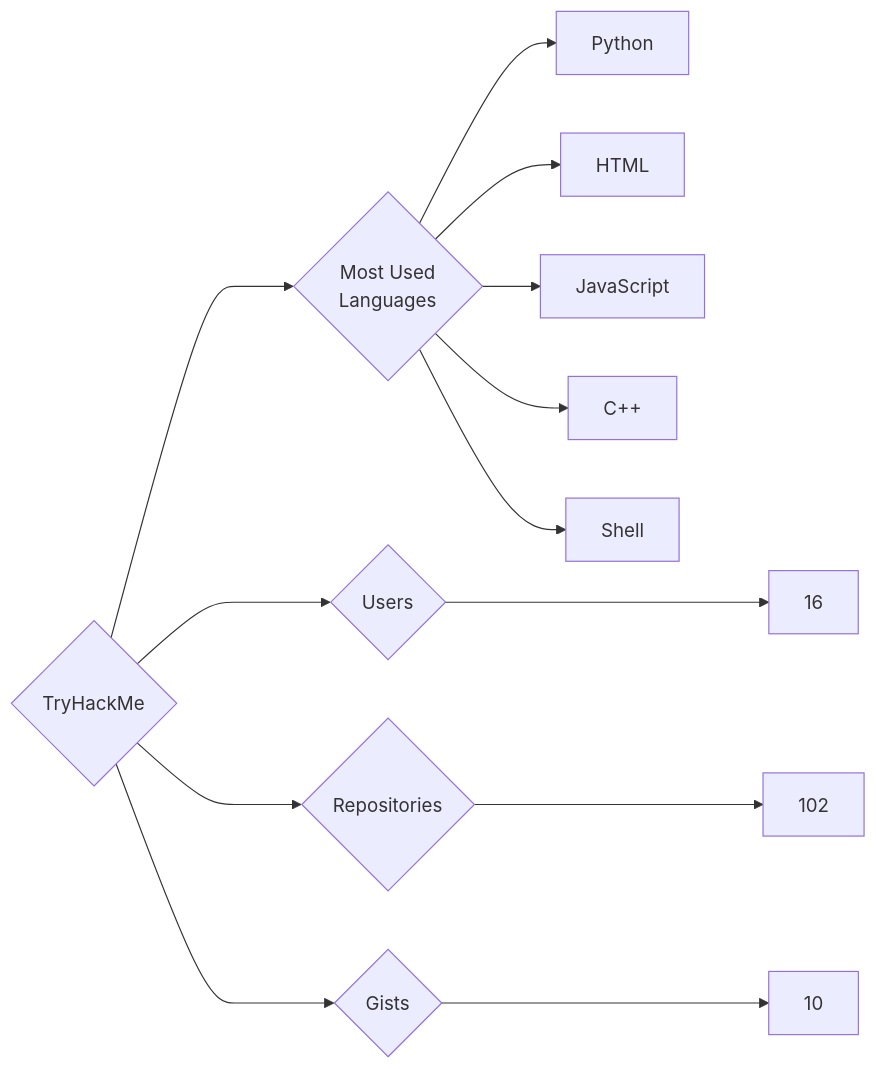
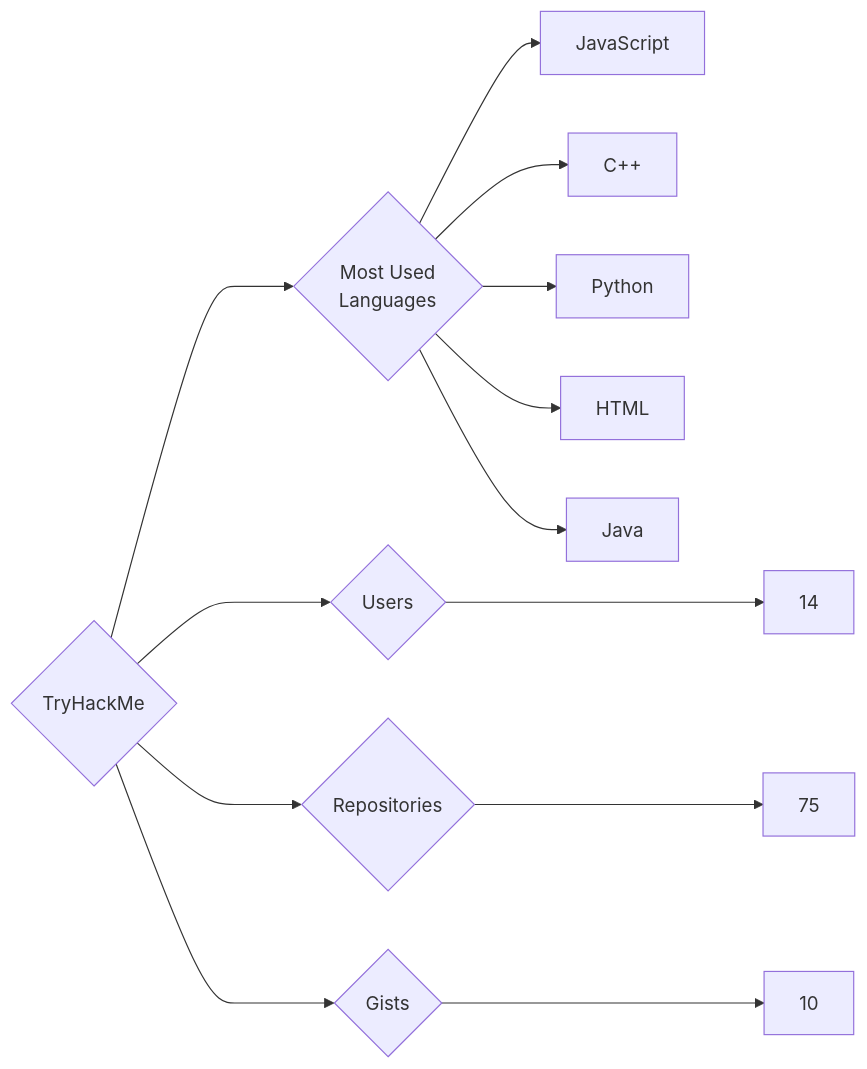
One commit to trickest/insiders changed the diagram in targets/TryHackMe/README.md. Above: the diagram before and after it, drawn with Mermaid. The commit also changed 955 other files, not shown here.

````diff
--- a/targets/TryHackMe/README.md
+++ b/targets/TryHackMe/README.md
@@ -3,13 +3,13 @@
 ```mermaid
 graph LR
 COMPANY_NAME{TryHackMe}
-COMPANY_NAME ---> U{Users} ---> UN[16]
-COMPANY_NAME ---> R{Repositories} ---> RN[102]
+COMPANY_NAME ---> U{Users} ---> UN[14]
+COMPANY_NAME ---> R{Repositories} ---> RN[75]
 COMPANY_NAME ---> G{Gists} ---> GN[10]
 COMPANY_NAME ---> ML{Most Used<br>Languages}
+ML --> JavaScript[JavaScript]
+ML --> C++[C++]
 ML --> Python[Python]
 ML --> HTML[HTML]
-ML --> JavaScript[JavaScript]
-ML --> C++[C++]
-ML --> Shell[Shell]
+ML --> Java[Java]
 ```
````
